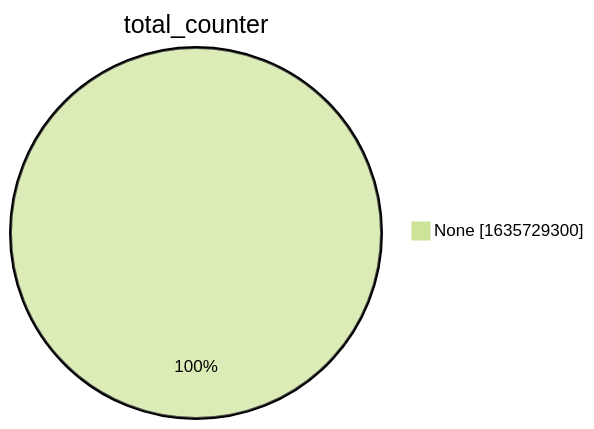
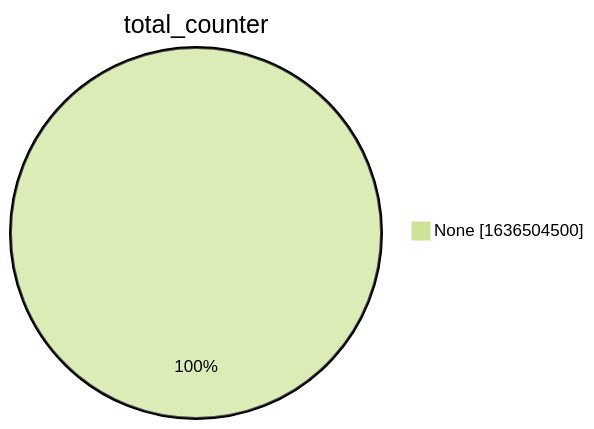
One commit to christiankrug/ctmonitor_visualization changed the second of 15 diagrams in xenon2022/README.md. Above: the diagram before and after it, drawn with Mermaid (forest theme). The commit also changed other lines of this file, not shown here.

````diff
--- a/xenon2022/README.md
+++ b/xenon2022/README.md
@@ -9,5 +9,5 @@
 ```mermaid
 pie showData
 title total_counter
-"None" :1635729300
+"None" :1636504500
 ```
````
